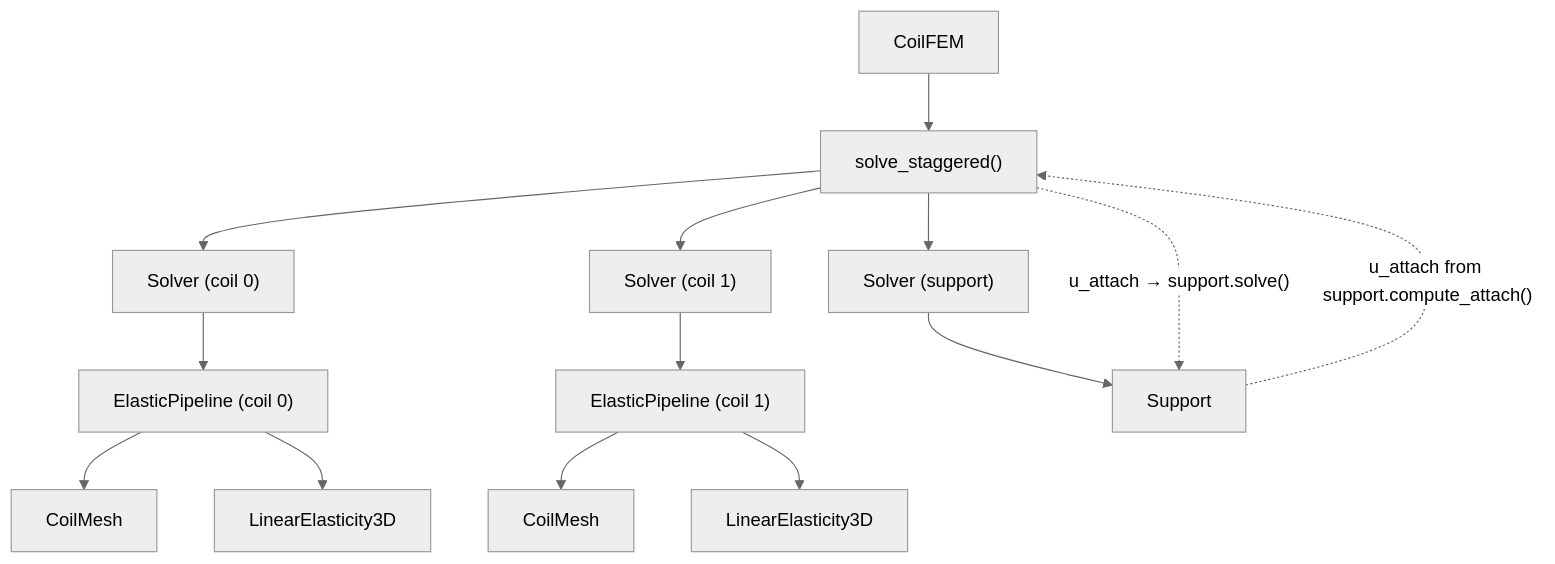
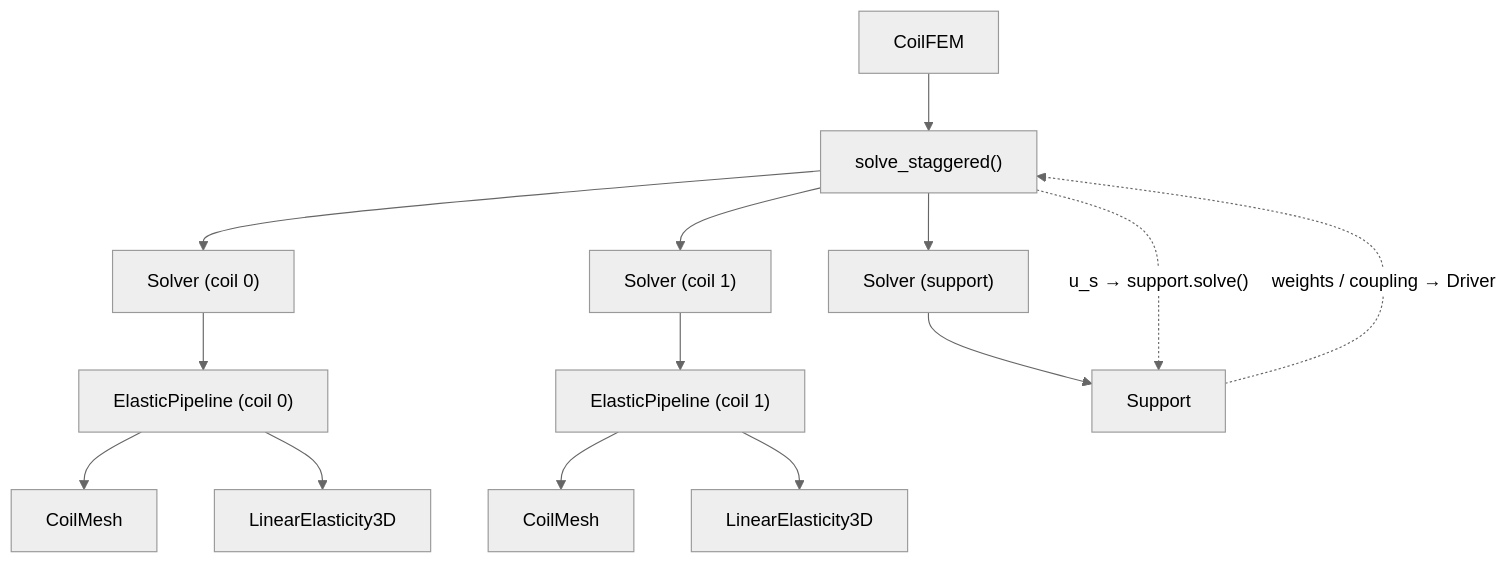
The second of 2 diagrams in docs/developers/support_structure.rst (lankef/coil-fem), drawn with Mermaid (neutral theme) before and after one commit. The commit also changed other lines of this file and 29 other files, not shown here.

```diff
--- a/docs/developers/support_structure.rst
+++ b/docs/developers/support_structure.rst
@@ -110,13 +110,13 @@
 .. mermaid::
 
    flowchart TD
        CoilFEM --> Driver["solve_staggered()"]
        Driver --> S1["Solver (coil 0)"] --> P0["ElasticPipeline (coil 0)"]
        Driver --> S2["Solver (coil 1)"] --> P1["ElasticPipeline (coil 1)"]
        Driver --> S3["Solver (support)"] --> Sup[Support]
        P0 --> M0[CoilMesh]
        P0 --> L0[LinearElasticity3D]
        P1 --> M1[CoilMesh]
        P1 --> L1[LinearElasticity3D]
-       Driver -.->|"u_attach → support.solve()"| Sup
-       Sup -.->|"u_attach from support.compute_attach()"| Driver
+       Driver -.->|"u_s → support.solve()"| Sup
+       Sup -.->|"weights / coupling → Driver"| Driver
```
